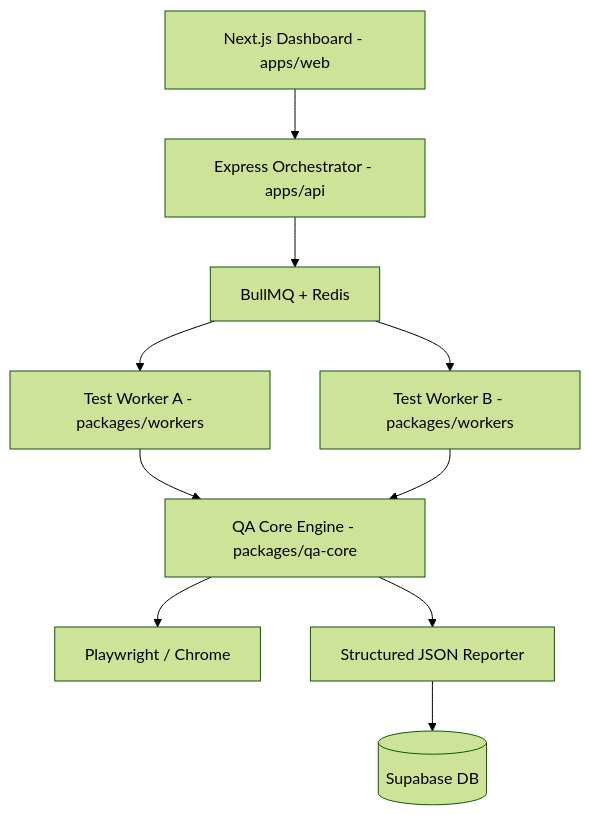
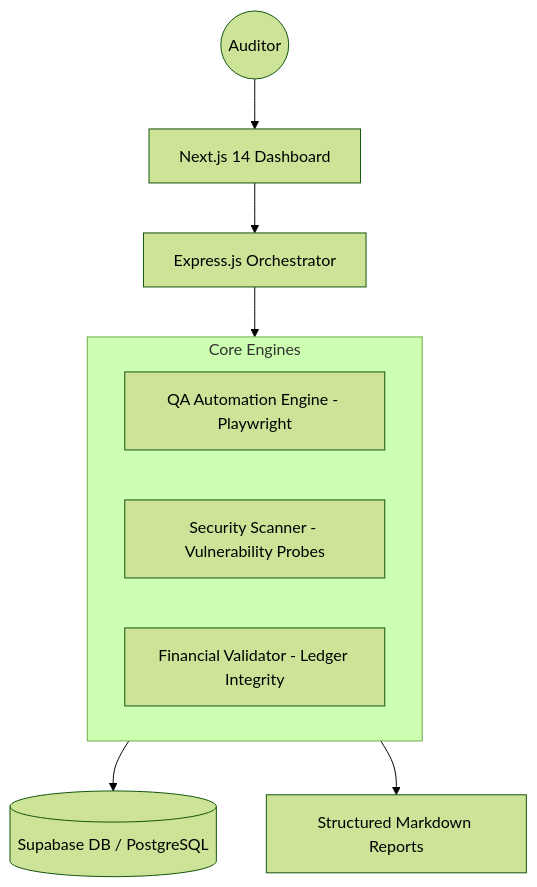
One commit to josemanuelsuarez110/qa-sentinel-platform changed the diagram in README.md. Above: the diagram before and after it, drawn with Mermaid (forest theme). The commit also changed other lines of this file and 18 other files, not shown here.

Commit message:
Senior Evolution: Rebranded to Integrated Auditor, specialized /modules logic, and added Live logs

````diff
--- a/README.md
+++ b/README.md
@@ -9,12 +11,15 @@
 ```mermaid
 graph TD
-    Dashboard[Next.js Dashboard - apps/web] --> Backend[Express Orchestrator - apps/api]
-    Backend --> Redis[BullMQ + Redis]
-    Redis --> Worker1[Test Worker A - packages/workers]
-    Redis --> Worker2[Test Worker B - packages/workers]
-    Worker1 --> QACore[QA Core Engine - packages/qa-core]
-    Worker2 --> QACore[QA Core Engine - packages/qa-core]
-    QACore --> Playwright[Playwright / Chrome]
-    QACore --> Reporter[Structured JSON Reporter]
-    Reporter --> Supabase[(Supabase DB)]
+    User((Auditor)) --> Dashboard[Next.js 14 Dashboard]
+    Dashboard --> Orchestrator[Express.js Orchestrator]
+    Orchestrator --> Modules
+    
+    subgraph Modules [Core Engines]
+        QA[QA Automation Engine - Playwright]
+        Sec[Security Scanner - Vulnerability Probes]
+        Fin[Financial Validator - Ledger Integrity]
+    end
+    
+    Modules --> Storage[(Supabase DB / PostgreSQL)]
+    Modules --> Reports[Structured Markdown Reports]
 ```
````
